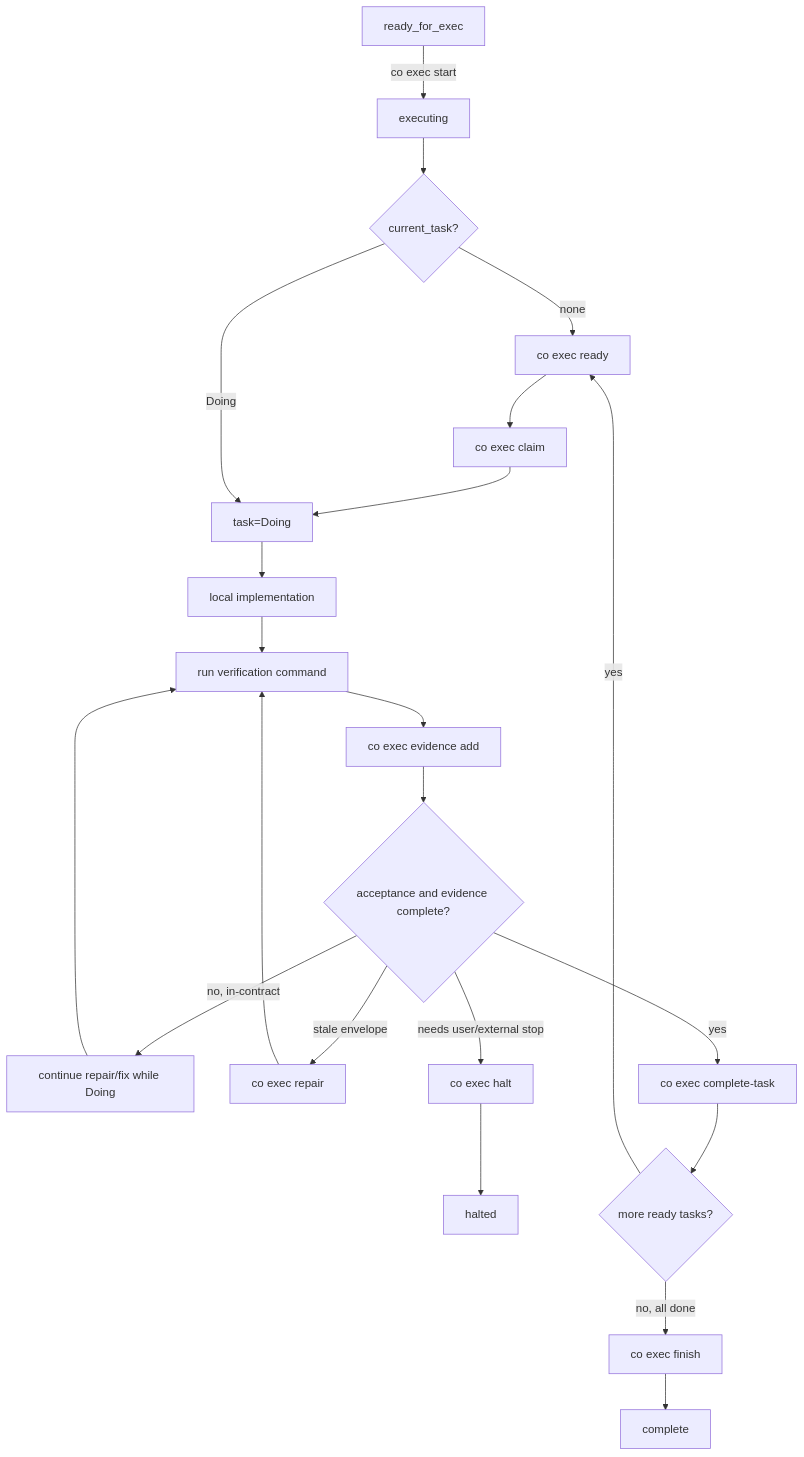
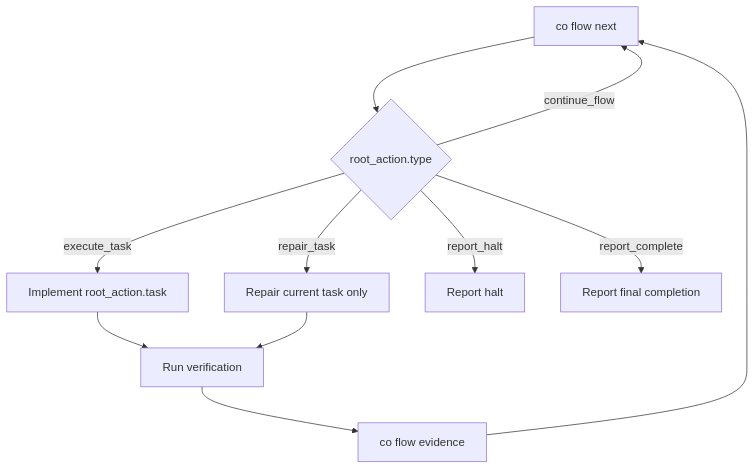
The diagram in skills/coexec/README.md (mym0404/coflow), drawn with Mermaid before and after one commit. The commit also changed other lines of this file and 20 other files, not shown here.

Commit message:
feat: add co flow iterator

````diff
--- a/skills/coexec/README.md
+++ b/skills/coexec/README.md
@@ -114,24 +30,13 @@
 ```mermaid
 flowchart TD
-  A["ready_for_exec"] -->|co exec start| B["executing"]
-  B --> C{"current_task?"}
-  C -->|none| D["co exec ready"]
-  D --> E["co exec claim <task-id>"]
-  E --> F["task=Doing"]
-  C -->|Doing| F
-  F --> G["local implementation"]
-  G --> H["run verification command"]
-  H --> I["co exec evidence add"]
-  I --> J{"acceptance and evidence complete?"}
-  J -->|no, in-contract| K["continue repair/fix while Doing"]
-  K --> H
-  J -->|stale envelope| L["co exec repair"]
-  L --> H
-  J -->|needs user/external stop| M["co exec halt"]
-  M --> N["halted"]
-  J -->|yes| O["co exec complete-task"]
-  O --> P{"more ready tasks?"}
-  P -->|yes| D
-  P -->|no, all done| Q["co exec finish"]
-  Q --> R["complete"]
+  A["co flow next"] --> B{"root_action.type"}
+  B -->|continue_flow| A
+  B -->|execute_task| C["Implement root_action.task"]
+  C --> D["Run verification"]
+  D --> E["co flow evidence"]
+  E --> A
+  B -->|repair_task| F["Repair current task only"]
+  F --> D
+  B -->|report_halt| G["Report halt"]
+  B -->|report_complete| H["Report final completion"]
 ```
````
